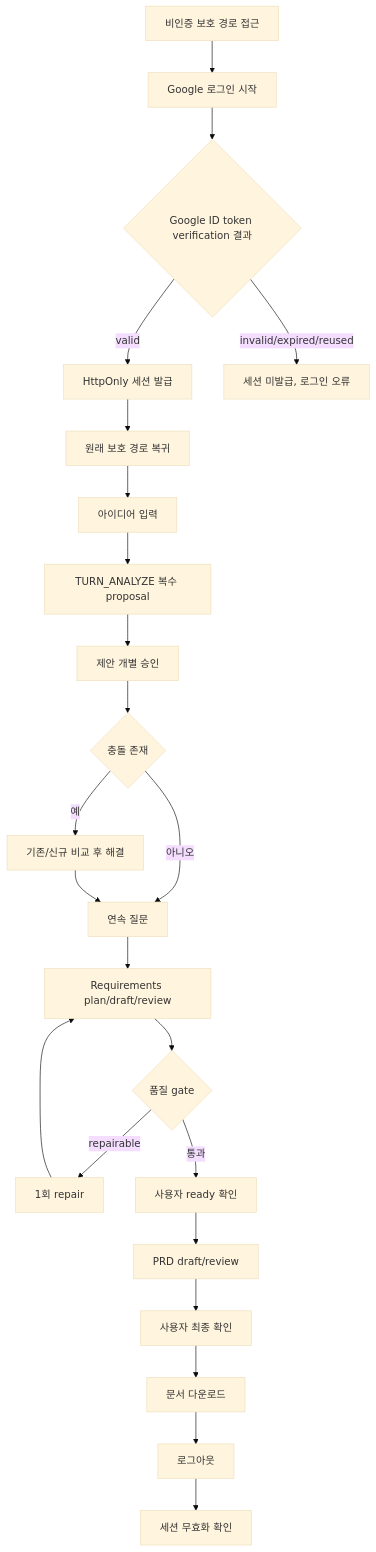
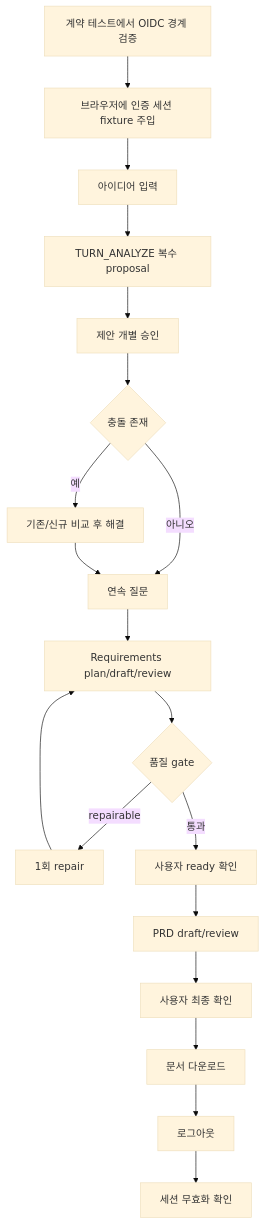
The diagram in docs/tasks/QLT-PR-02/plan.md (donghyunlee-dev/ai-agent-blueprint), drawn with Mermaid (base theme) before and after one commit. The commit also changed other lines of this file and 52 other files, not shown here.

````diff
--- a/docs/tasks/QLT-PR-02/plan.md
+++ b/docs/tasks/QLT-PR-02/plan.md
@@ -48,24 +82,20 @@
 ```mermaid
 flowchart TD
-    A[비인증 보호 경로 접근] --> B[Google 로그인 시작]
-    B --> C{Google ID token verification 결과}
-    C -- valid --> D[HttpOnly 세션 발급]
-    C -- invalid/expired/reused --> E[세션 미발급, 로그인 오류]
-    D --> F[원래 보호 경로 복귀]
-    F --> G[아이디어 입력]
+    A[계약 테스트에서 OIDC 경계 검증] --> B[브라우저에 인증 세션 fixture 주입]
+    B --> G[아이디어 입력]
     G --> H[TURN_ANALYZE 복수 proposal]
     H --> I[제안 개별 승인]
     I --> J{충돌 존재}
     J -- 예 --> K[기존/신규 비교 후 해결]
     J -- 아니오 --> L[연속 질문]
     K --> L
     L --> M[Requirements plan/draft/review]
     M --> N{품질 gate}
     N -- repairable --> O[1회 repair] --> M
     N -- 통과 --> P[사용자 ready 확인]
     P --> Q[PRD draft/review]
     Q --> R[사용자 최종 확인]
     R --> S[문서 다운로드]
     S --> T[로그아웃]
     T --> U[세션 무효화 확인]
 ```
````
